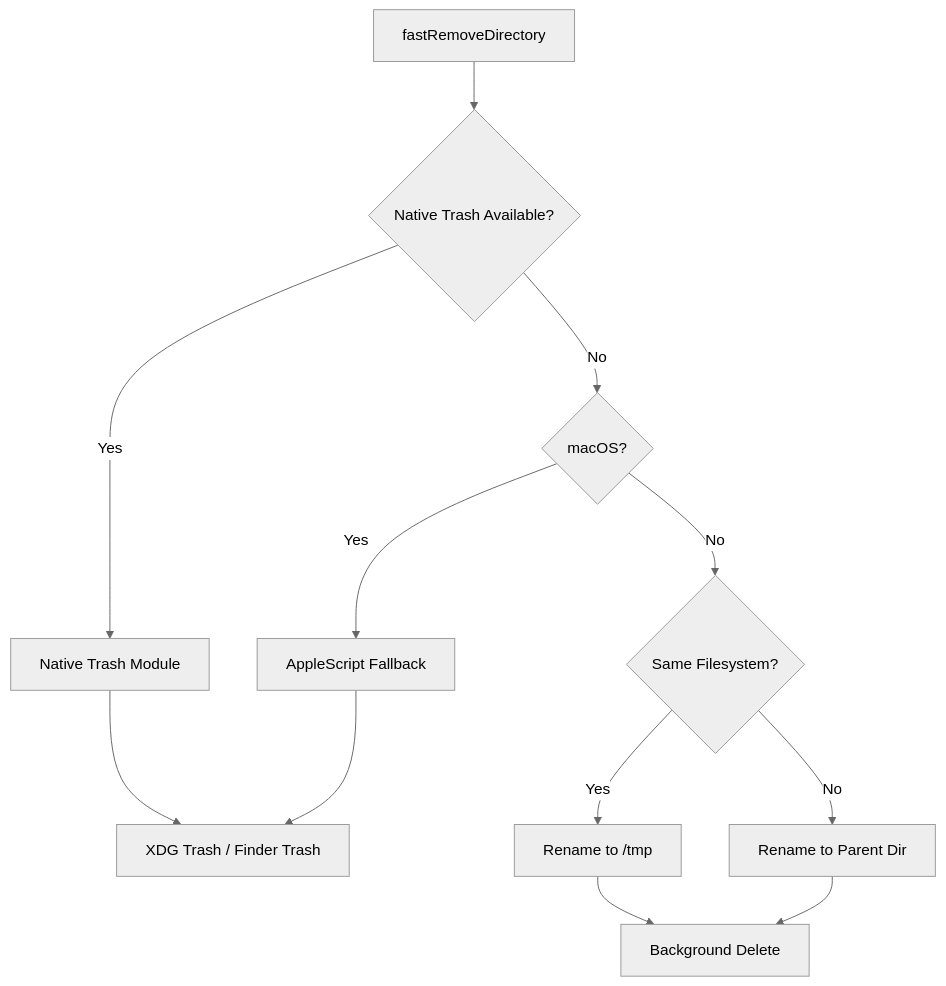
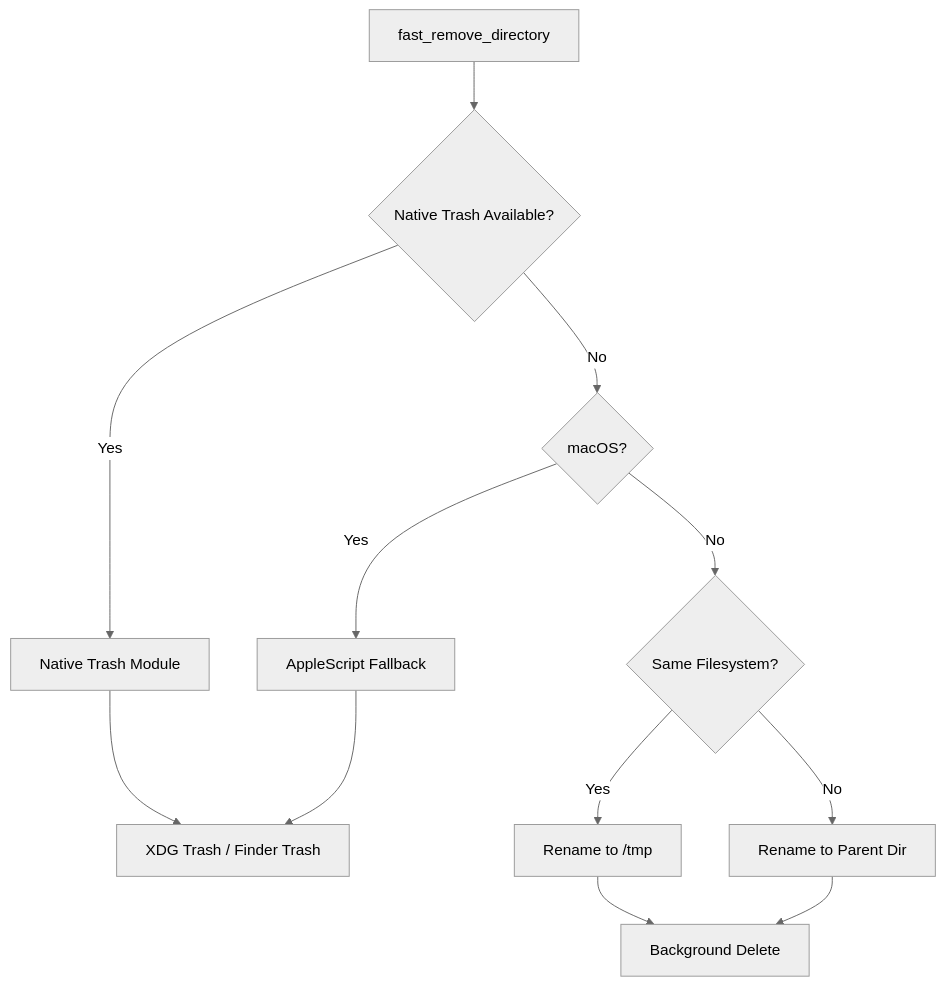
The third of 5 diagrams in docs/architecture.ja.md (kexi/vibe), drawn with Mermaid (neutral theme) before and after one commit. The commit also changed 3 other files, not shown here.

````diff
--- a/docs/architecture.ja.md
+++ b/docs/architecture.ja.md
@@ -77,19 +77,19 @@
 ```mermaid
 flowchart TD
-    A[fastRemoveDirectory] --> B{Native Trash Available?}
+    A[fast_remove_directory] --> B{Native Trash Available?}
     B -->|Yes| C[Native Trash Module]
     B -->|No| D{macOS?}
 
     C --> E[XDG Trash / Finder Trash]
 
     D -->|Yes| F[AppleScript Fallback]
     D -->|No| G{Same Filesystem?}
 
     F --> E
 
     G -->|Yes| H[Rename to /tmp]
     G -->|No| I[Rename to Parent Dir]
 
     H --> J[Background Delete]
     I --> J
 ```
````
